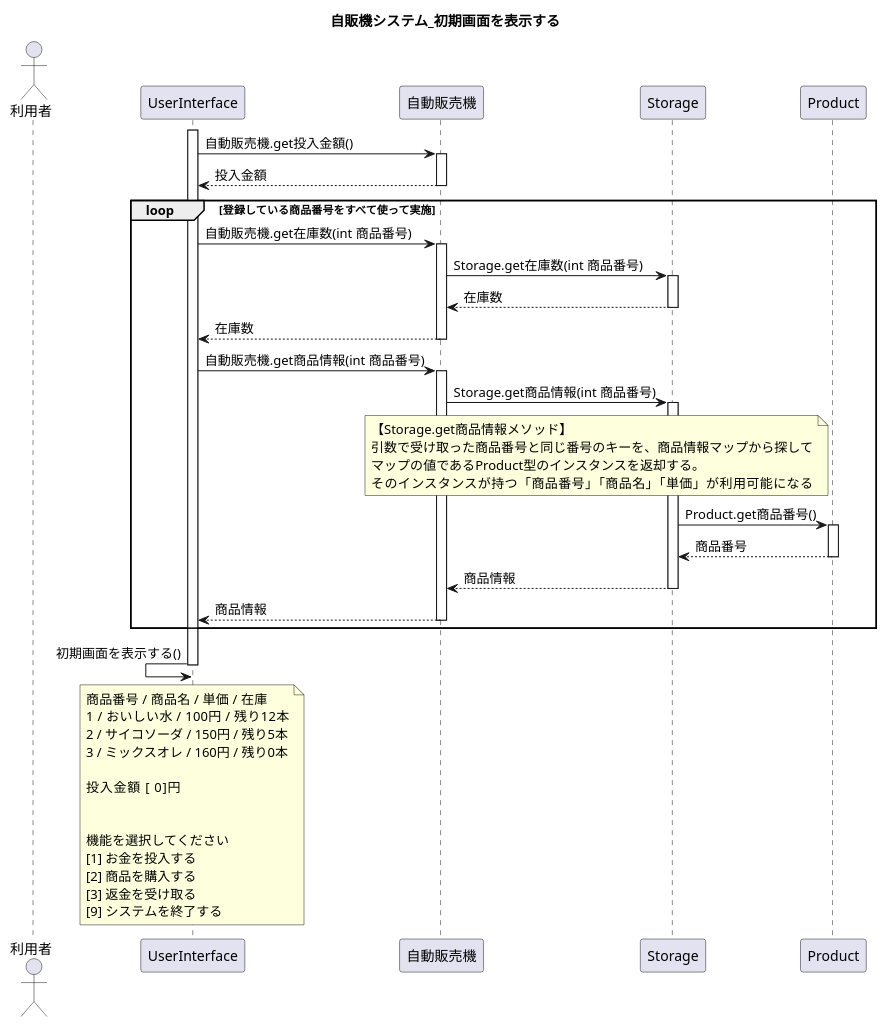
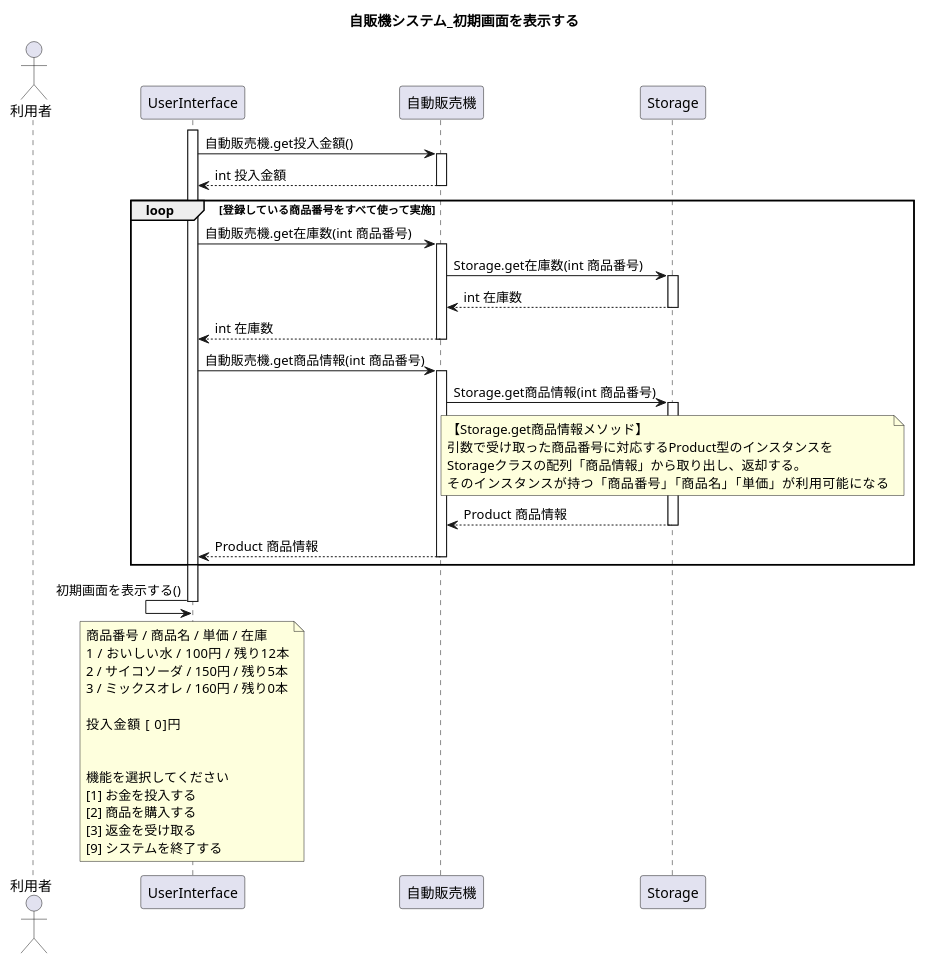
The diagram in UML_class_sequence/VendingMachine_sequenceInit.puml (W-Nakayama-24/VendingMachine_CUI), drawn with PlantUML before and after one commit. The commit also changed 3 other files, not shown here.

Commit message:
FIX classDiag, sequence

```diff
--- a/UML_class_sequence/VendingMachine_sequenceInit.puml
+++ b/UML_class_sequence/VendingMachine_sequenceInit.puml
@@ -1,60 +1,63 @@
 @startuml
 title 自販機システム_初期画面を表示する
 
 actor 利用者
 activate UserInterface
 UserInterface -> 自動販売機 : 自動販売機.get投入金額()
 activate 自動販売機
-UserInterface <-- 自動販売機 : 投入金額
+UserInterface <-- 自動販売機 : int 投入金額
 deactivate 自動販売機
 
 loop 登録している商品番号をすべて使って実施
 UserInterface -> 自動販売機 : 自動販売機.get在庫数(int 商品番号)
 activate 自動販売機
 自動販売機 -> Storage : Storage.get在庫数(int 商品番号)
 activate Storage
-自動販売機 <-- Storage : 在庫数
+自動販売機 <-- Storage : int 在庫数
 deactivate Storage
-UserInterface <-- 自動販売機 : 在庫数
+UserInterface <-- 自動販売機 : int 在庫数
 deactivate 自動販売機
 
 UserInterface -> 自動販売機 : 自動販売機.get商品情報(int 商品番号)
 activate 自動販売機
 自動販売機 -> Storage : Storage.get商品情報(int 商品番号)
 activate Storage
 
-note left of Product
+note over Storage
 【Storage.get商品情報メソッド】
-引数で受け取った商品番号と同じ番号のキーを、商品情報マップから探して
-マップの値であるProduct型のインスタンスを返却する。
+引数で受け取った商品番号に対応するProduct型のインスタンスを
+Storageクラスの配列「商品情報」から取り出し、返却する。
 そのインスタンスが持つ「商品番号」「商品名」「単価」が利用可能になる
 end note
 
-Storage -> Product : Product.get商品番号()
-activate Product
-Storage <-- Product : 商品番号
-deactivate Product
-自動販売機 <-- Storage : 商品情報
+
+自動販売機 <-- Storage : Product 商品情報
 deactivate Storage
-UserInterface <-- 自動販売機 : 商品情報
+UserInterface <-- 自動販売機 : Product 商品情報
 deactivate 自動販売機
-end loop
+
+' UserInterface -> Product : get商品番号(), get商品名(), get単価()
+' activate Product
+' UserInterface <-- Product : int 商品番号, String 商品名, int 単価
+' deactivate Product 
+
+end
 
 UserInterface <- UserInterface : 初期画面を表示する()
 note over UserInterface
 商品番号 / 商品名 / 単価  / 在庫
 1 / おいしい水   / 100円 / 残り12本
 2 / サイコソーダ / 150円 / 残り5本
 3 / ミックスオレ / 160円 / 残り0本
 
 投入金額 [   0]円
 
 
 機能を選択してください
 [1] お金を投入する
 [2] 商品を購入する
 [3] 返金を受け取る
 [9] システムを終了する
 end note
 deactivate UserInterface
 @enduml
```
